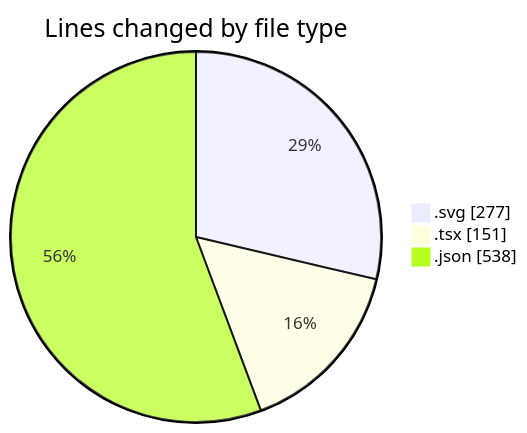
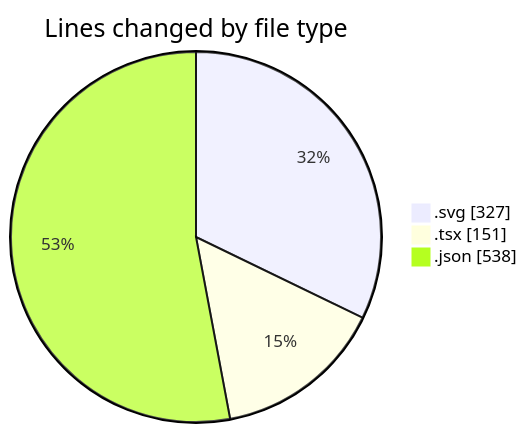
The first of 2 diagrams in 2025-08-06/tw-server/README.md (EIIisD/code-tracking), drawn with Mermaid before and after one commit. The commit also changed other lines of this file and 1 other file, not shown here.

````diff
--- a/2025-08-06/tw-server/README.md
+++ b/2025-08-06/tw-server/README.md
@@ -25,7 +26,7 @@
 ```mermaid
 pie showData
 title Lines changed by file type
-".svg" : 277
+".svg" : 327
 ".tsx" : 151
 ".json" : 538
 ```
````
